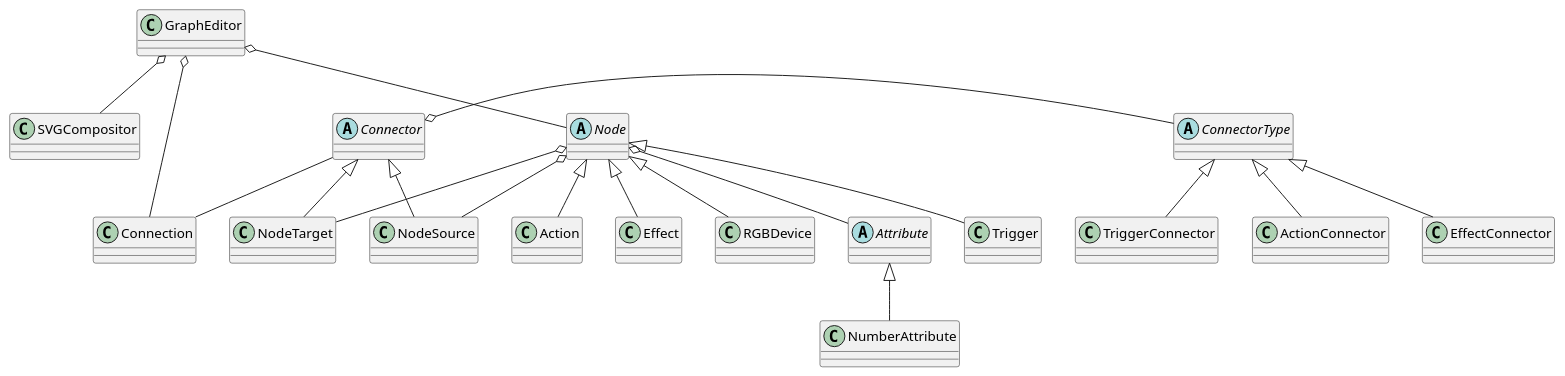
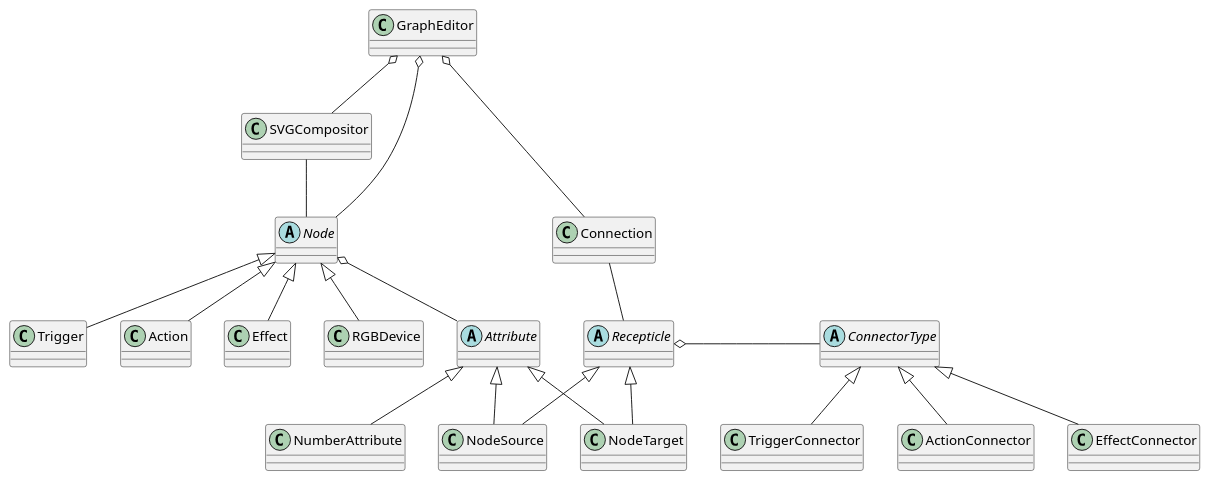
One commit to JE-FH/RGBStudio changed the diagram in src/RGBStudio/frontend/ts/GraphEditor/architecture.puml. Above: the diagram before and after it, drawn with PlantUML. The commit also changed 48 other files, not shown here.

```diff
--- a/src/RGBStudio/frontend/ts/GraphEditor/architecture.puml
+++ b/src/RGBStudio/frontend/ts/GraphEditor/architecture.puml
@@ -1,36 +1,37 @@
 @startuml "Visual layer"
 abstract Node
 abstract Attribute
 abstract ConnectorType
-abstract Connector
+abstract Recepticle
 class GraphEditor
 class Trigger
 class Action
 class Effect
 class RGBDevice
 class Connection
 class NodeSource
 class NodeTarget
 class NumberAttribute
 class TriggerConnector
 class ActionConnector
 class EffectConnector
+SVGCompositor -- Node
 GraphEditor o-- Node
 GraphEditor o-- Connection
 GraphEditor o-- SVGCompositor
-Node o-- NodeSource
-Node o-- NodeTarget
 Node o-- Attribute
 Node <|-- Trigger
 Node <|-- Action
 Node <|-- Effect
 Node <|-- RGBDevice
-Connector -- Connection
-Connector o- ConnectorType
-Connector <|-- NodeTarget
-Connector <|-- NodeSource
+Connection -- Recepticle
+Recepticle o- ConnectorType
+Recepticle <|-- NodeTarget
+Recepticle <|-- NodeSource
 ConnectorType <|-- TriggerConnector
 ConnectorType <|-- ActionConnector
 ConnectorType <|-- EffectConnector
 Attribute <|-- NumberAttribute
+Attribute <|-- NodeSource
+Attribute <|-- NodeTarget
 @enduml
```
